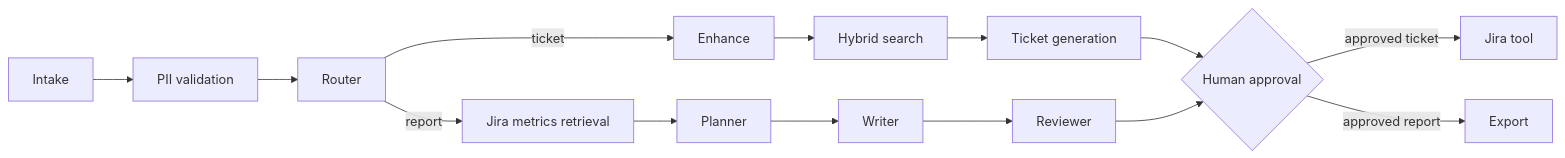
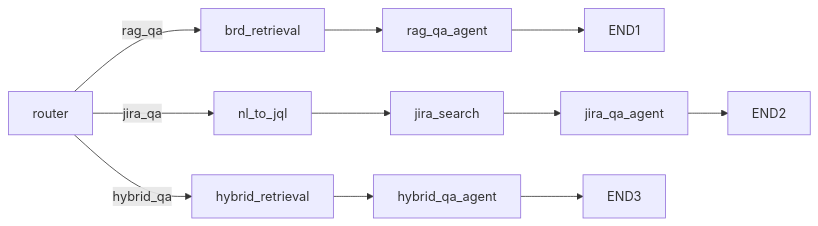
The second of 3 diagrams in docs/LANGGRAPH.md (amit2440/jira-ai-agent), drawn with Mermaid before and after one commit. The commit also changed other lines of this file and 25 other files, not shown here.

````diff
--- a/docs/LANGGRAPH.md
+++ b/docs/LANGGRAPH.md
@@ -3,10 +78,7 @@
 ```mermaid
 flowchart LR
-I[Intake] --> P[PII validation] --> R[Router]
-R -->|ticket| E[Enhance] --> S[Hybrid search] --> T[Ticket generation]
-R -->|report| S2[Jira metrics retrieval] --> PL[Planner] --> W[Writer] --> V[Reviewer]
-T --> H{Human approval}
-V --> H
-H -->|approved ticket| J[Jira tool]
-H -->|approved report| X[Export]
+    RT[router]
+    RT -->|rag_qa| A[brd_retrieval] --> B[rag_qa_agent] --> END1
+    RT -->|jira_qa| C[nl_to_jql] --> D[jira_search] --> E[jira_qa_agent] --> END2
+    RT -->|hybrid_qa| F[hybrid_retrieval] --> G[hybrid_qa_agent] --> END3
 ```
````
